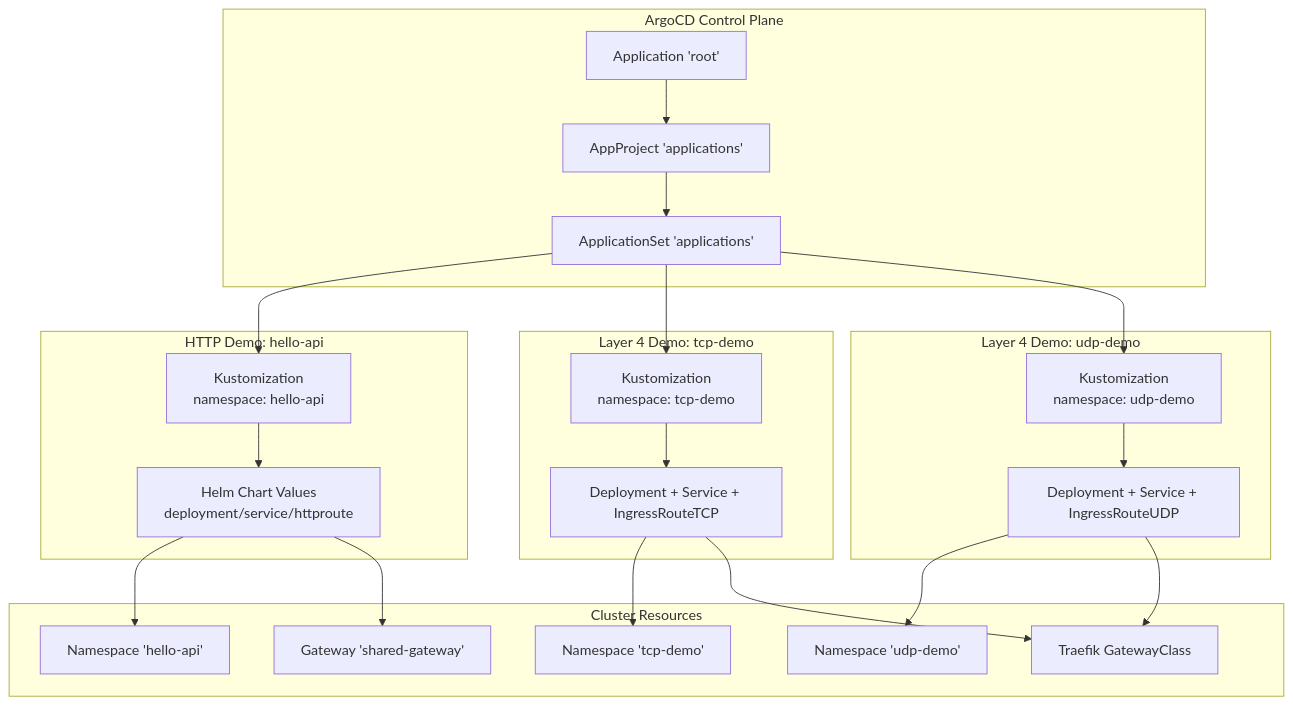
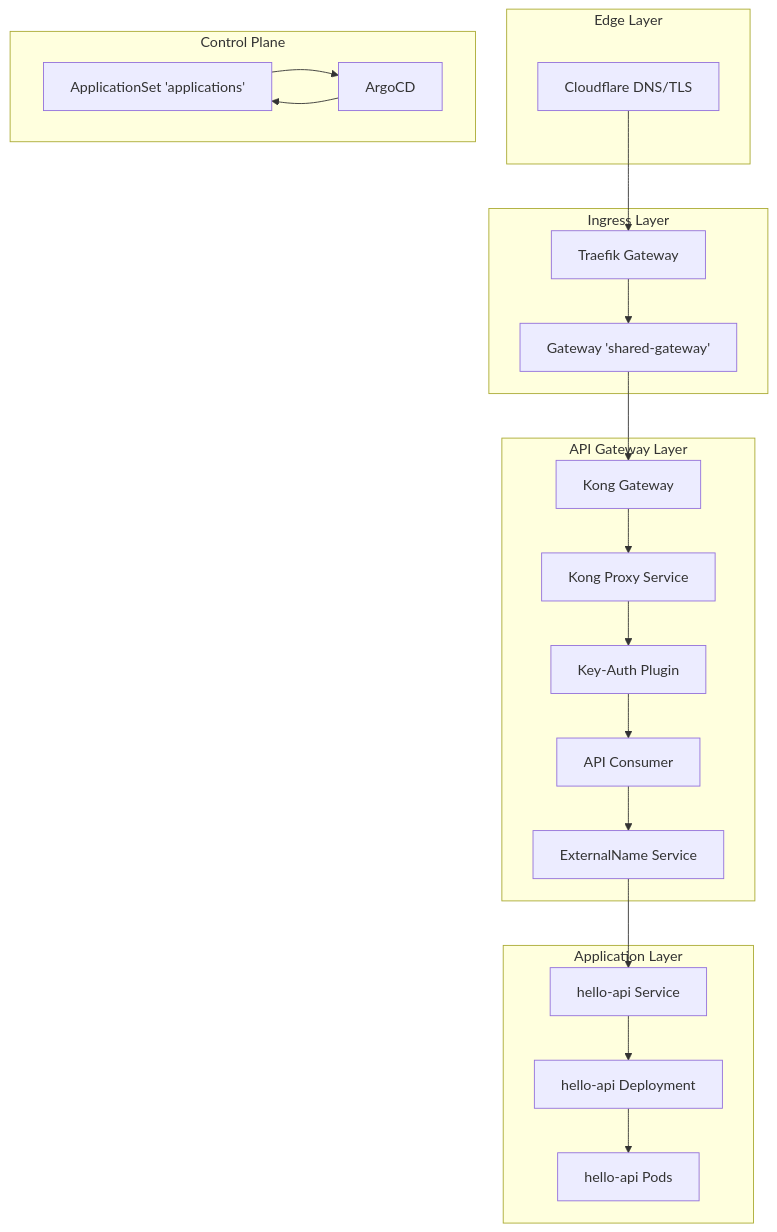
Before and after one commit to Hoangvu75/k8s_manifest: the first of 3 diagrams in .qoder/repowiki/en/content/Playground Applications/Demo Applications/Demo Applications.md, drawn with Mermaid. The commit also changed other lines of this file and 4 other files, not shown here.

````diff
--- a/.qoder/repowiki/en/content/Playground Applications/Demo Applications/Demo Applications.md
+++ b/.qoder/repowiki/en/content/Playground Applications/Demo Applications/Demo Applications.md
@@ -59,41 +66,38 @@
 ```mermaid
 graph TB
-subgraph "ArgoCD Control Plane"
-Root["Application 'root'"]
-Proj["AppProject 'applications'"]
+subgraph "Edge Layer"
+CF["Cloudflare DNS/TLS"]
+end
+subgraph "Ingress Layer"
+TR["Traefik Gateway"]
+GW["Gateway 'shared-gateway'"]
+end
+subgraph "API Gateway Layer"
+KG["Kong Gateway"]
+KPROXY["Kong Proxy Service"]
+KPLUGIN["Key-Auth Plugin"]
+KCONSUMER["API Consumer"]
+ENDPOINT["ExternalName Service"]
+end
+subgraph "Application Layer"
+HA["hello-api Deployment"]
+HS["hello-api Service"]
+HP["hello-api Pods"]
+end
+subgraph "Control Plane"
 AS["ApplicationSet 'applications'"]
+ARGO["ArgoCD"]
 end
-subgraph "Cluster Resources"
-NS1["Namespace 'hello-api'"]
-NS2["Namespace 'tcp-demo'"]
-NS3["Namespace 'udp-demo'"]
-GW["Gateway 'shared-gateway'"]
-TR["Traefik GatewayClass"]
-end
-subgraph "HTTP Demo: hello-api"
-Kust1["Kustomization<br/>namespace: hello-api"]
-Chart1["Helm Chart Values<br/>deployment/service/httproute"]
-end
-subgraph "Layer 4 Demo: tcp-demo"
-Kust2["Kustomization<br/>namespace: tcp-demo"]
-Chart2["Deployment + Service + IngressRouteTCP"]
-end
-subgraph "Layer 4 Demo: udp-demo"
-Kust3["Kustomization<br/>namespace: udp-demo"]
-Chart3["Deployment + Service + IngressRouteUDP"]
-end
-Root --> Proj
-Proj --> AS
-AS --> Kust1
-AS --> Kust2
-AS --> Kust3
-Kust1 --> Chart1
-Kust2 --> Chart2
-Kust3 --> Chart3
-Chart1 --> NS1
-Chart2 --> NS2
-Chart3 --> NS3
-Chart1 --> GW
-Chart2 --> TR
-Chart3 --> TR
+CF --> TR
+TR --> GW
+GW --> KG
+KG --> KPROXY
+KPROXY --> KPLUGIN
+KPLUGIN --> KCONSUMER
+KCONSUMER --> ENDPOINT
+ENDPOINT --> HS
+HS --> HA
+HA --> HP
+AS --> ARGO
+ARGO --> AS
 ```
````
